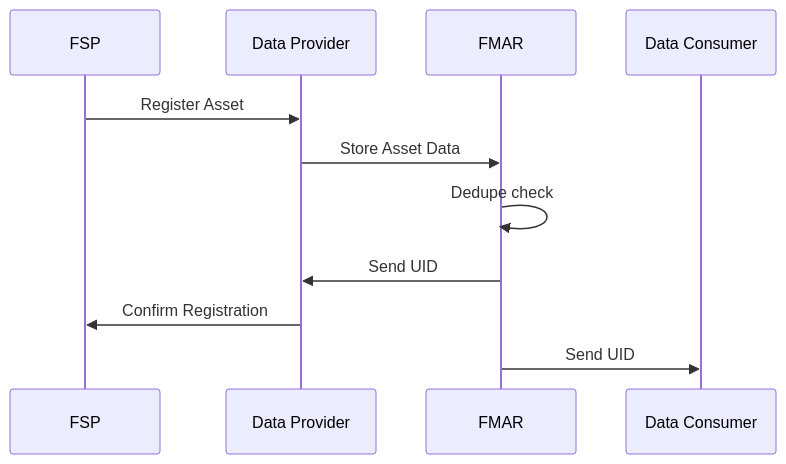
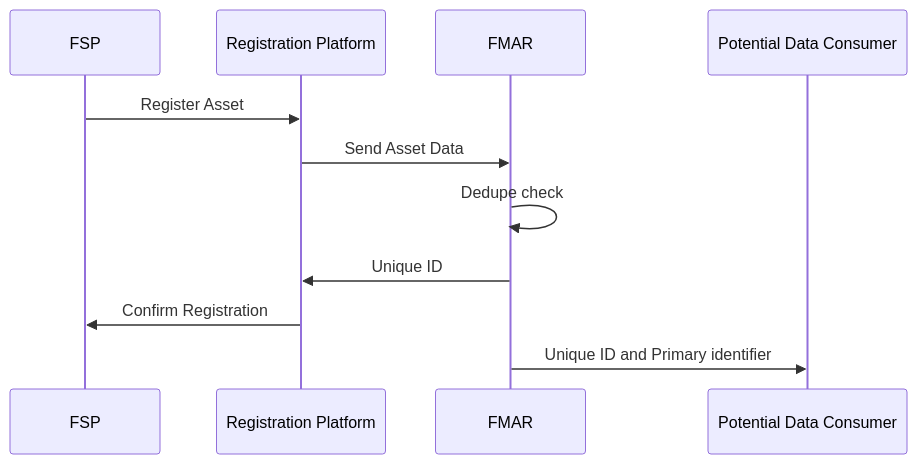
The first of 6 diagrams in docs/Market_Facilitator/FMAR_Design/Data_Architecture/Sequence_Diagram_centralised_Vs_Decentralised.md (mez-FMDA/test2), drawn with Mermaid before and after one commit. The commit also changed other lines of this file, not shown here.

````diff
--- a/docs/Market_Facilitator/FMAR_Design/Data_Architecture/Sequence_Diagram_centralised_Vs_Decentralised.md
+++ b/docs/Market_Facilitator/FMAR_Design/Data_Architecture/Sequence_Diagram_centralised_Vs_Decentralised.md
@@ -25,14 +25,13 @@
 ```mermaid
 sequenceDiagram
     participant FSP
-    participant Data Provider
+    participant Registration Platform
     participant FMAR
-    participant Data Consumer
-    FSP->>Data Provider: Register Asset
-    Data Provider->>FMAR: Store Asset Data
+    participant Potential Data Consumer
+    FSP->>Registration Platform: Register Asset
+    Registration Platform->>FMAR: Send Asset Data
     FMAR->>FMAR: Dedupe check
-    FMAR->> Data Provider: Send UID
-    Data Provider->>FSP: Confirm Registration
-    FMAR->> Data Consumer: Send UID
-
+    FMAR->> Registration Platform: Unique ID
+    Registration Platform->>FSP: Confirm Registration
+    FMAR->> Potential Data Consumer: Unique ID and Primary identifier
 ```
````
